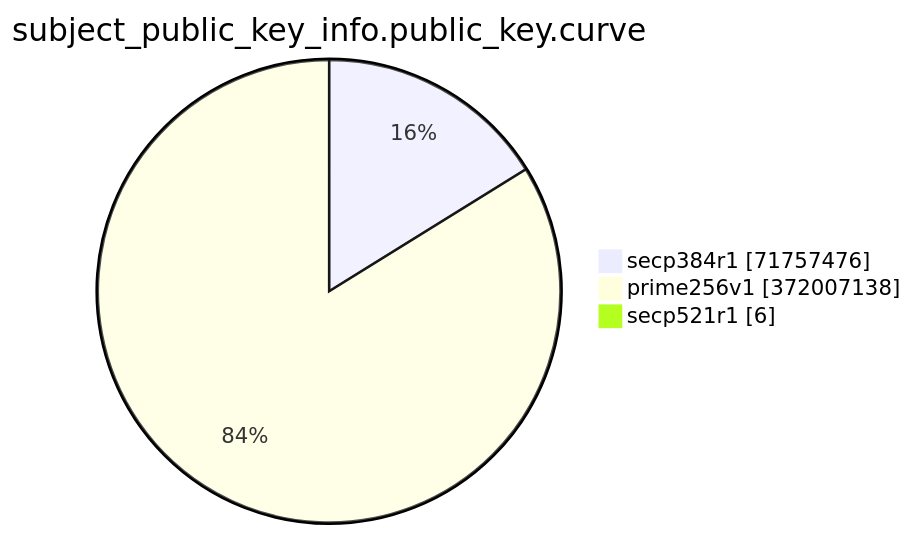
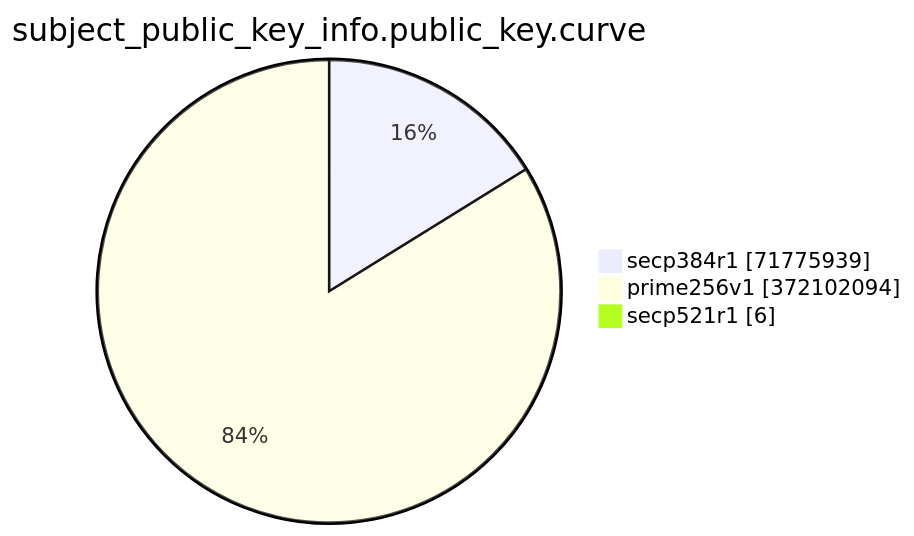
One commit to christiankrug/ctmonitor_visualization changed the eighth of 15 diagrams in TOTAL/README.md. Above: the diagram before and after it, drawn with Mermaid. The commit also changed other lines of this file, not shown here.

````diff
--- a/TOTAL/README.md
+++ b/TOTAL/README.md
@@ -3094,7 +3094,7 @@
 ```mermaid
 pie showData
 title subject_public_key_info.public_key.curve
-"secp384r1" :71757476
-"prime256v1" :372007138
+"secp384r1" :71775939
+"prime256v1" :372102094
 "secp521r1" :6
 ```
````
